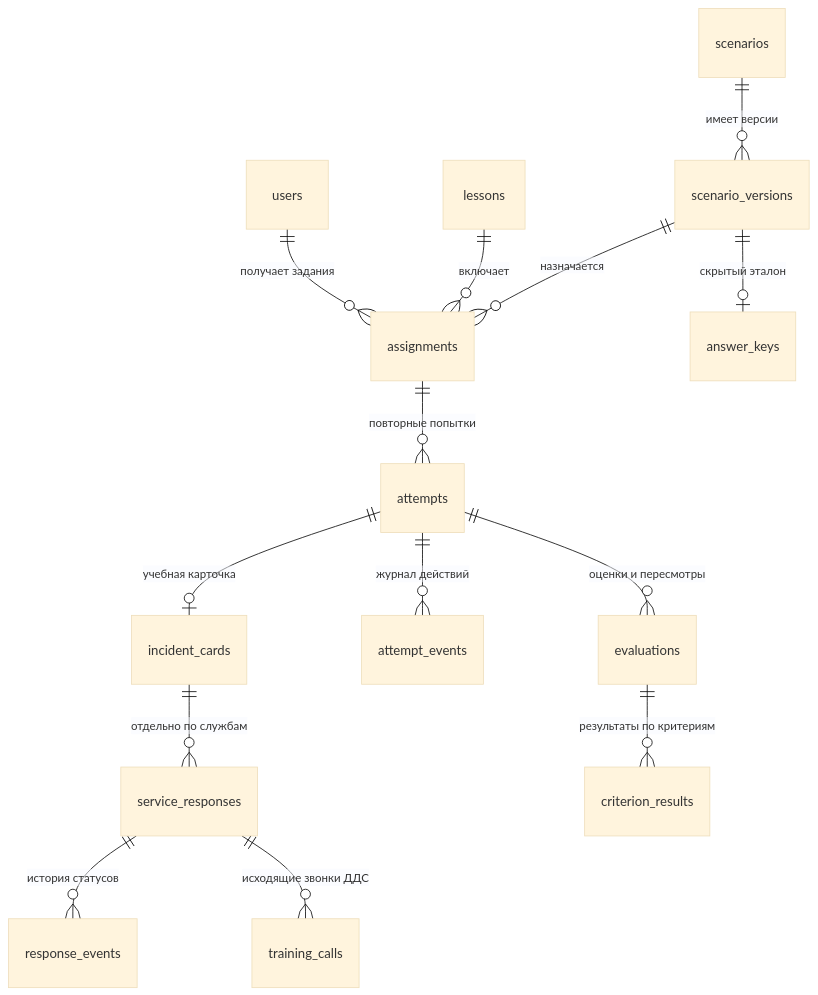
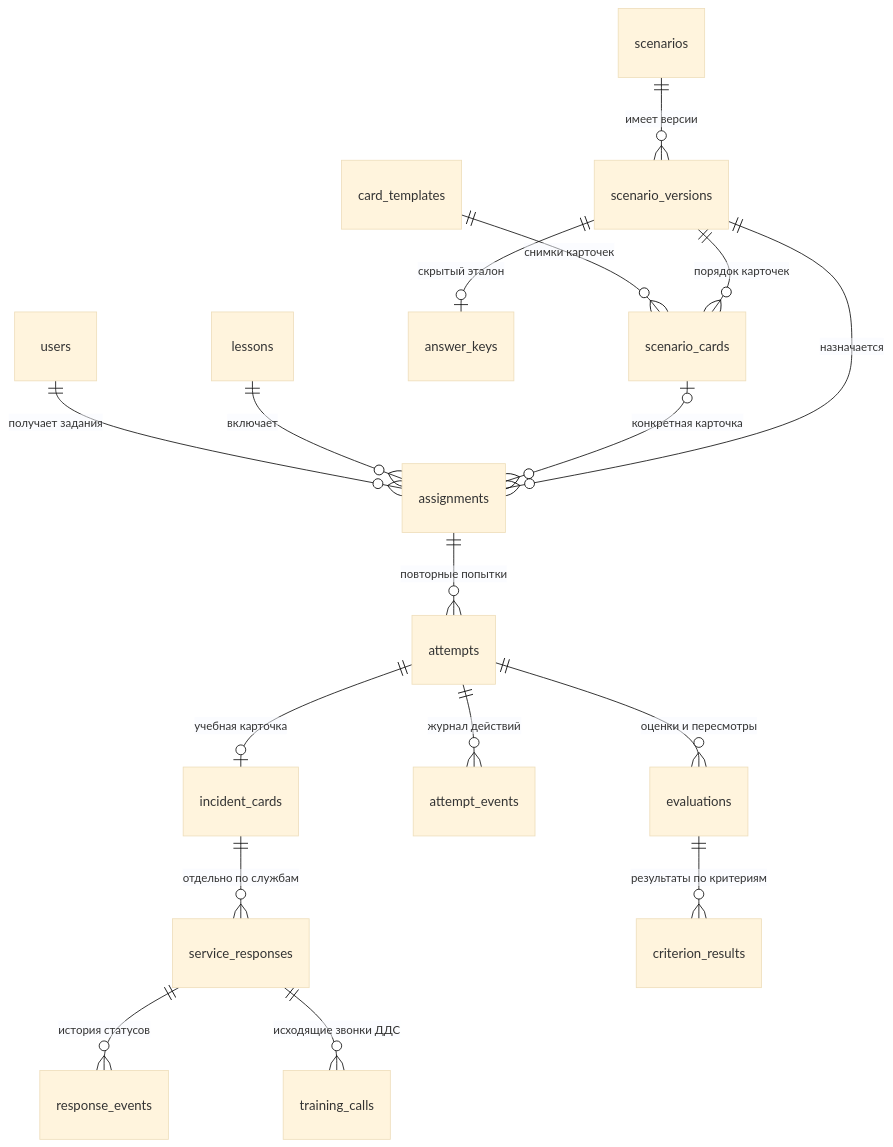
One commit to LewFdtnkv/112-system changed the first of 4 diagrams in 112-backend/docs/DATABASE_SCHEMA.md. Above: the diagram before and after it, drawn with Mermaid (base theme). The commit also changed other lines of this file and 23 other files, not shown here.

````diff
--- a/112-backend/docs/DATABASE_SCHEMA.md
+++ b/112-backend/docs/DATABASE_SCHEMA.md
@@ -22,16 +25,19 @@
 ```mermaid
 erDiagram
     users ||--o{ assignments : "получает задания"
     lessons ||--o{ assignments : "включает"
     scenarios ||--o{ scenario_versions : "имеет версии"
     scenario_versions ||--o| answer_keys : "скрытый эталон"
+    card_templates ||--o{ scenario_cards : "снимки карточек"
+    scenario_versions ||--o{ scenario_cards : "порядок карточек"
+    scenario_cards o|--o{ assignments : "конкретная карточка"
     scenario_versions ||--o{ assignments : "назначается"
     assignments ||--o{ attempts : "повторные попытки"
     attempts ||--o| incident_cards : "учебная карточка"
     incident_cards ||--o{ service_responses : "отдельно по службам"
     service_responses ||--o{ response_events : "история статусов"
     service_responses ||--o{ training_calls : "исходящие звонки ДДС"
     attempts ||--o{ attempt_events : "журнал действий"
     attempts ||--o{ evaluations : "оценки и пересмотры"
     evaluations ||--o{ criterion_results : "результаты по критериям"
 ```
````
